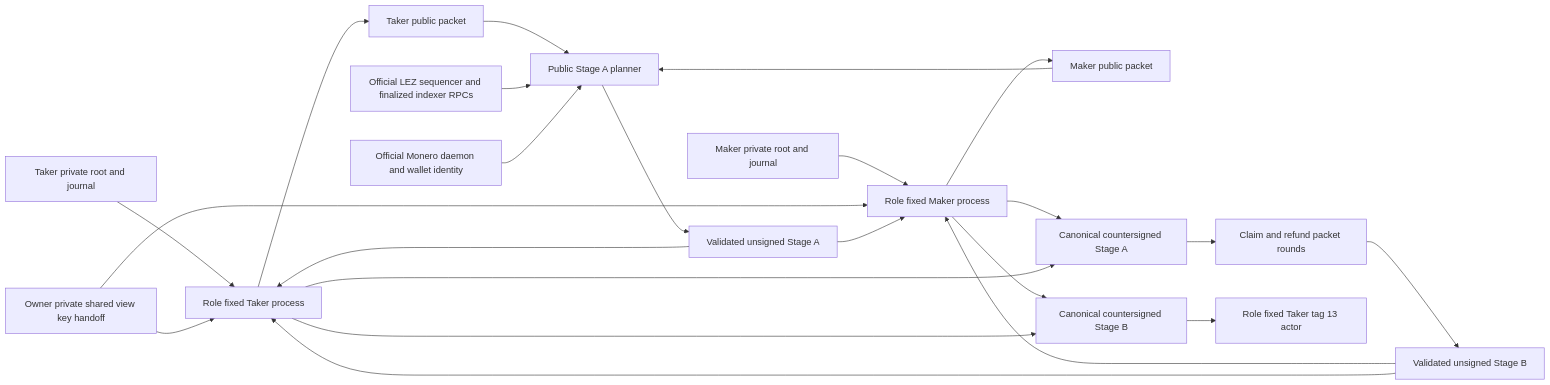
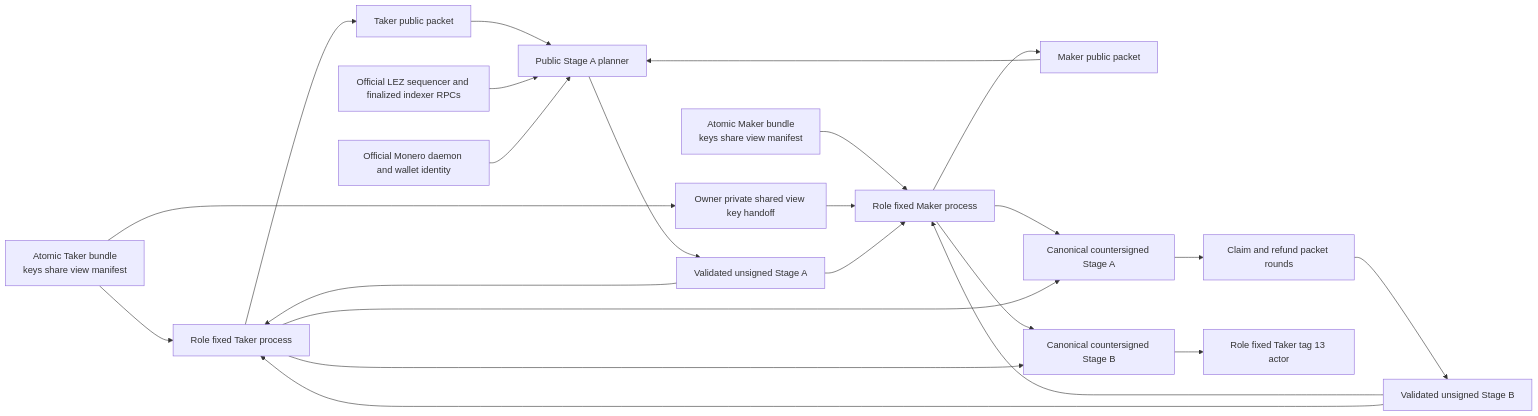
One commit to gateway-fm/lez-atomic-swaps changed the first of 2 diagrams in docs/architecture/0073-compose-xmr-stage-material-through-role-journals.md. Above: the diagram before and after it, drawn with Mermaid. The commit also changed other lines of this file and 15 other files, not shown here.

````diff
--- a/docs/architecture/0073-compose-xmr-stage-material-through-role-journals.md
+++ b/docs/architecture/0073-compose-xmr-stage-material-through-role-journals.md
@@ -40,25 +60,25 @@
 ```mermaid
 flowchart LR
-    TakerPrivate["Taker private root and journal"] --> TakerProc["Role fixed Taker process"]
-    MakerPrivate["Maker private root and journal"] --> MakerProc["Role fixed Maker process"]
+    TakerPrivate["Atomic Taker bundle<br/>keys share view manifest"] --> TakerProc["Role fixed Taker process"]
+    MakerPrivate["Atomic Maker bundle<br/>keys share view manifest"] --> MakerProc["Role fixed Maker process"]
     TakerProc --> TakerPublic["Taker public packet"]
     MakerProc --> MakerPublic["Maker public packet"]
-    ViewKey["Owner private shared view key handoff"] --> TakerProc
+    TakerPrivate --> ViewKey["Owner private shared view key handoff"]
     ViewKey --> MakerProc
     TakerPublic --> Planner["Public Stage A planner"]
     MakerPublic --> Planner
     LezRpc["Official LEZ sequencer and finalized indexer RPCs"] --> Planner
     MoneroRpc["Official Monero daemon and wallet identity"] --> Planner
     Planner --> UnsignedA["Validated unsigned Stage A"]
     UnsignedA --> MakerProc
     UnsignedA --> TakerProc
     MakerProc --> Agreement["Canonical countersigned Stage A"]
     TakerProc --> Agreement
     Agreement --> Sessions["Claim and refund packet rounds"]
     Sessions --> UnsignedB["Validated unsigned Stage B"]
     UnsignedB --> MakerProc
     UnsignedB --> TakerProc
     MakerProc --> Activation["Canonical countersigned Stage B"]
     TakerProc --> Activation
     Activation --> Tag13["Role fixed Taker tag 13 actor"]
 ```
````
